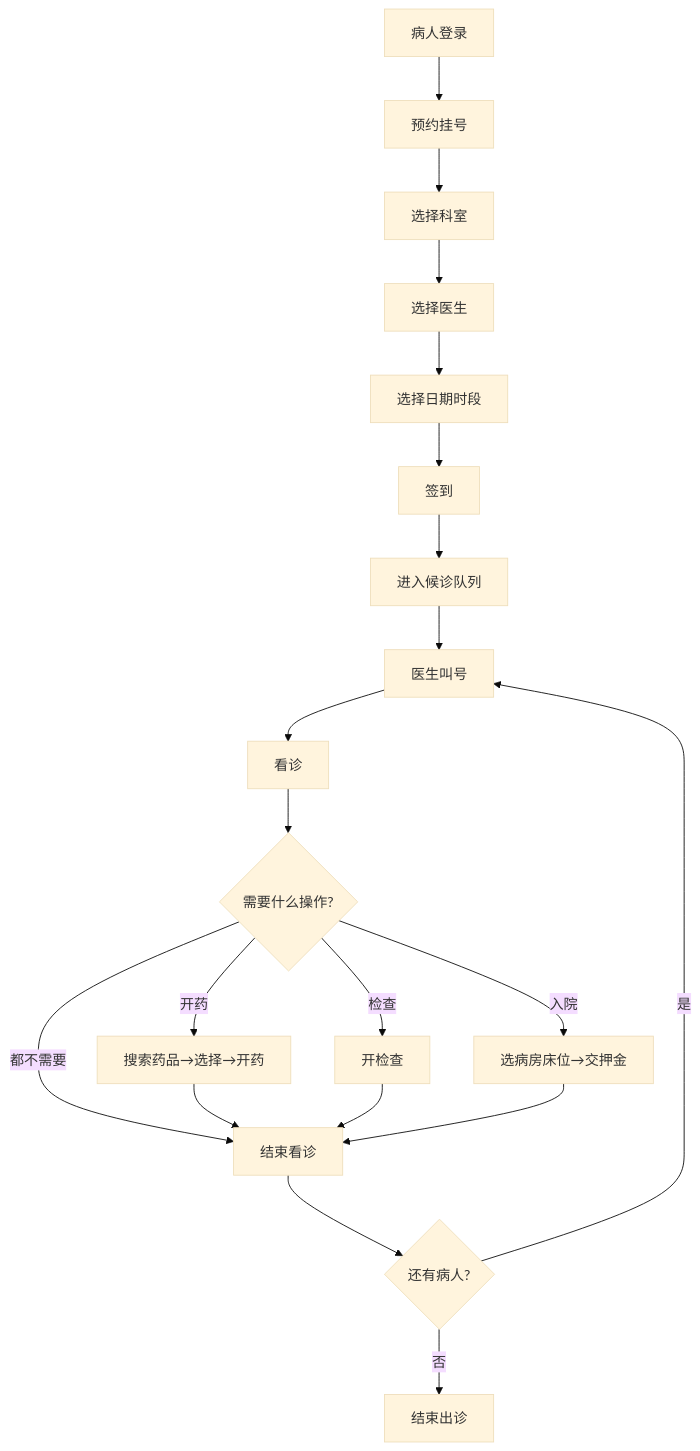
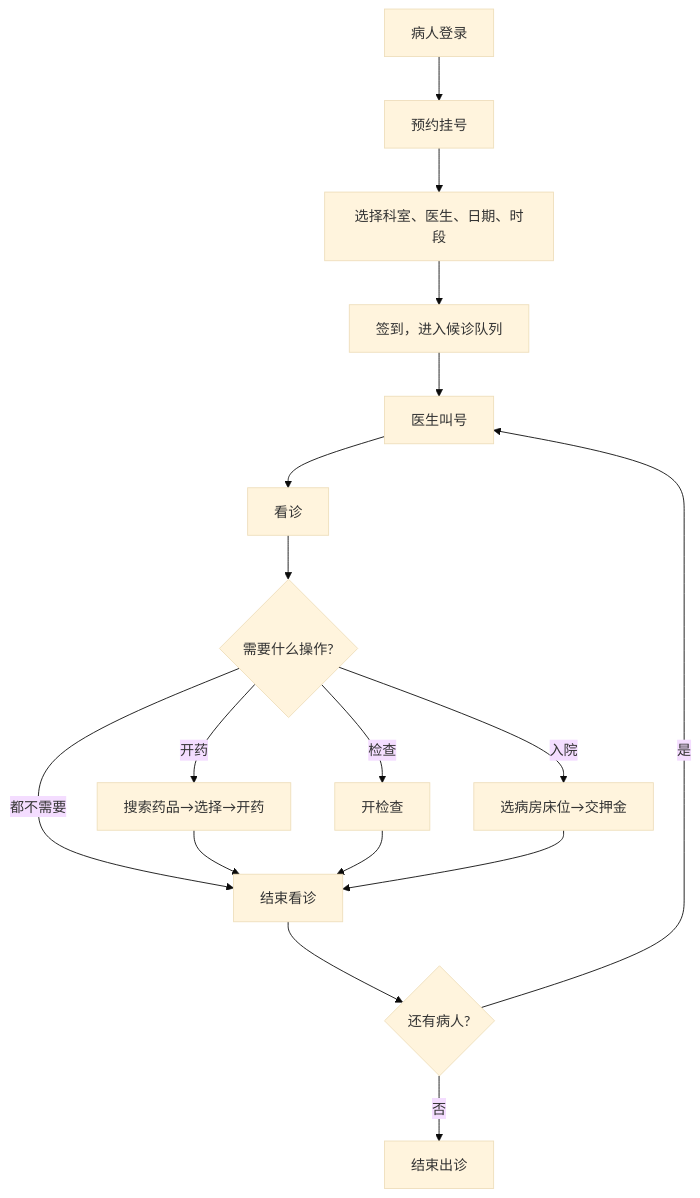
Before and after one commit to withering-snow/HIS: the first of 3 diagrams in 总结报告.md, drawn with Mermaid (base theme). The commit also changed other lines of this file and 7 other files, not shown here.

````diff
--- a/总结报告.md
+++ b/总结报告.md
@@ -92,22 +246,19 @@
 ```mermaid
 flowchart TD
     A[病人登录] --> B[预约挂号]
-    B --> C[选择科室]
-    C --> D[选择医生]
-    D --> E[选择日期时段]
-    E --> F[签到]
-    F --> G[进入候诊队列]
-    G --> H[医生叫号]
+    B --> C[选择科室、医生、日期、时段]
+    C --> F[签到，进入候诊队列]
+    F --> H[医生叫号]
     H --> I[看诊]
     I --> J{需要什么操作?}
     J -->|开药| K[搜索药品→选择→开药]
     J -->|检查| L[开检查]
     J -->|入院| M[选病房床位→交押金]
     J -->|都不需要| N[结束看诊]
     K --> N
     L --> N
     M --> N
     N --> O{还有病人?}
     O -->|是| H
     O -->|否| P[结束出诊]
 ```
````
